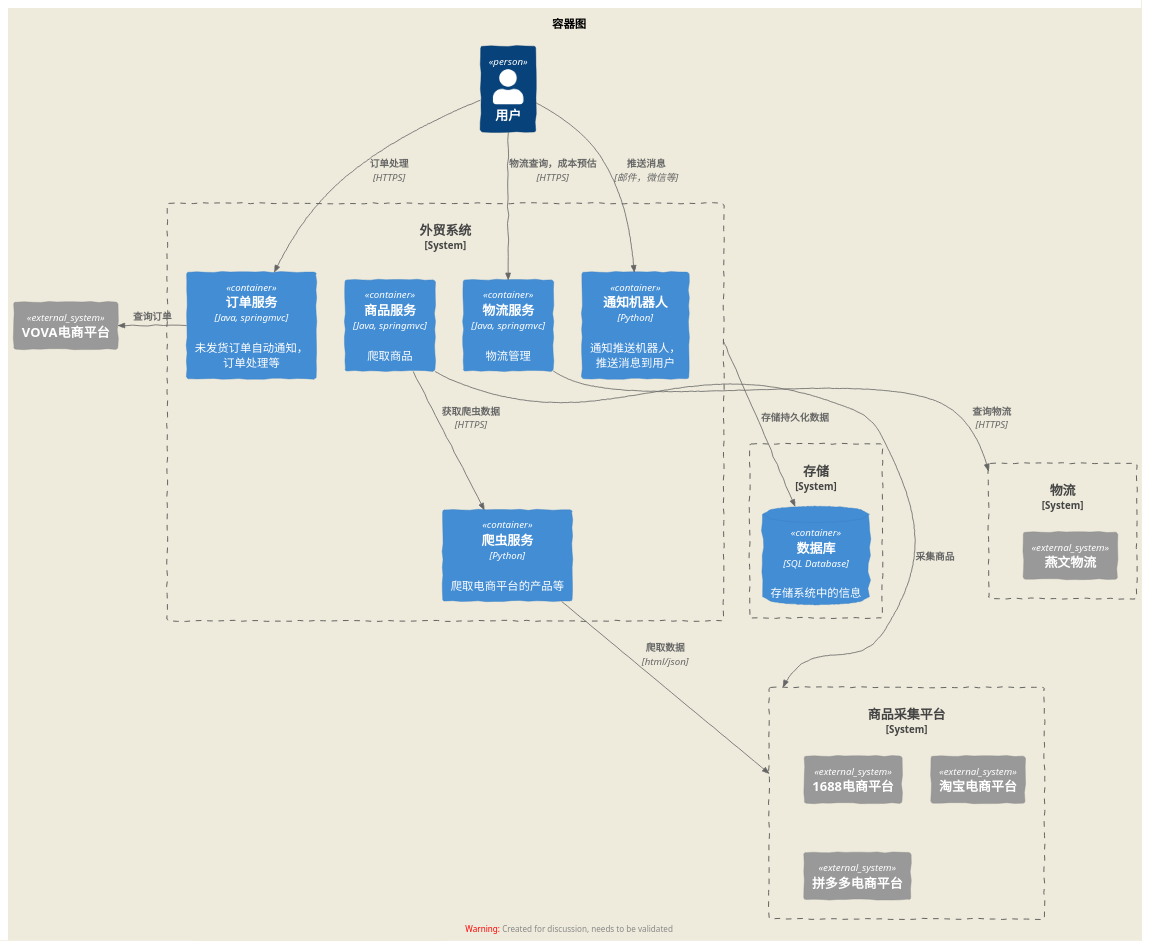
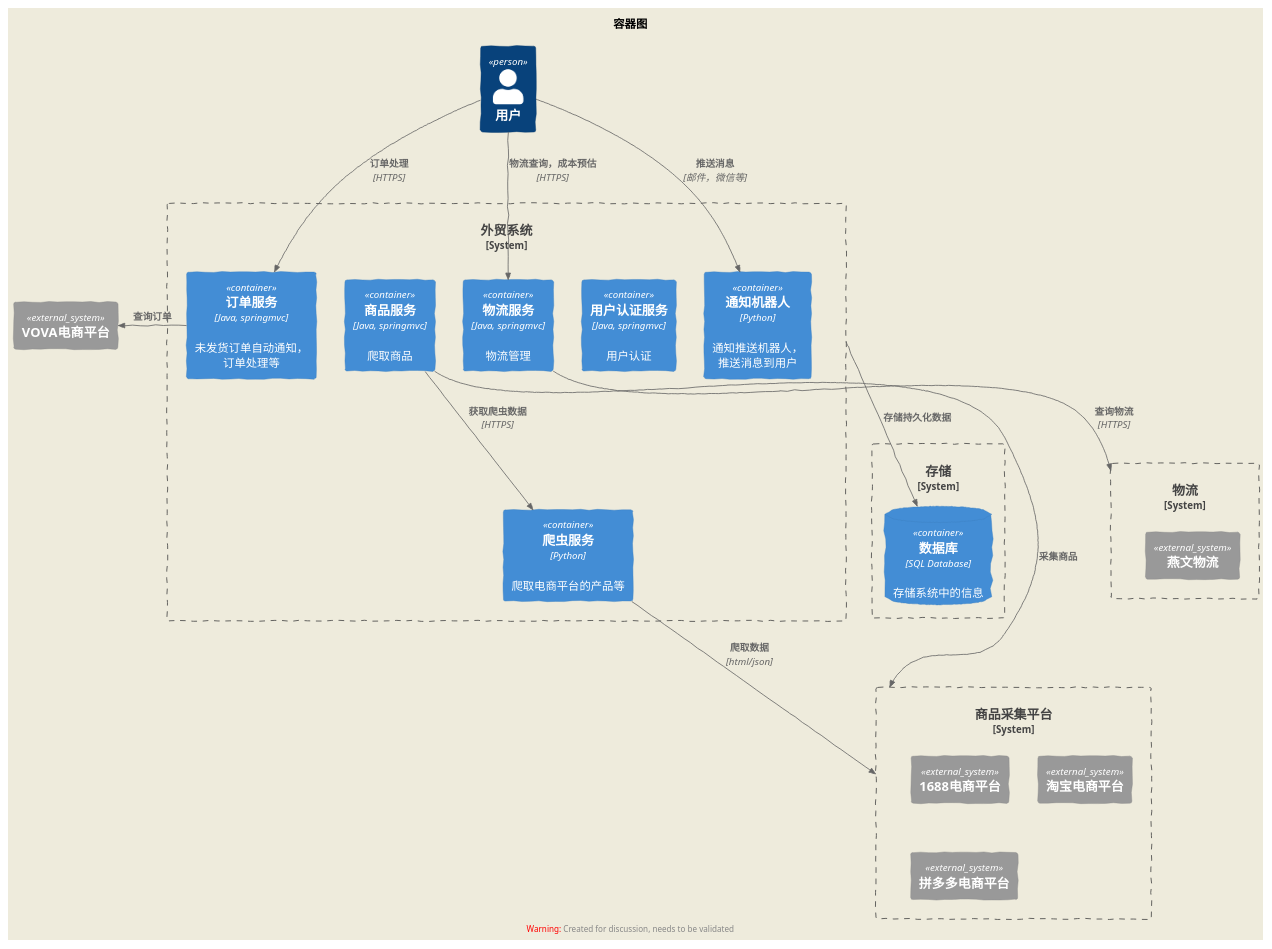
The diagram in architecture.puml (chl105/cbec-toolbox), drawn with PlantUML before and after one commit. The commit also changed 11 other files, not shown here.

```diff
--- a/architecture.puml
+++ b/architecture.puml
@@ -1,56 +1,57 @@
 @startuml container-diagram
 !include https://unpkg.com/plantuml-style-c4@latest/c4_component.puml
 ' uncomment the following line and comment the first to use locally
 '!include c4_component.puml
 
 'LAYOUT_WITH_LEGEND()
 LAYOUT_AS_SKETCH()
 
 title 容器图
 
 Person(user, "用户")
 
 System_Boundary(thisSystem, "外贸系统"){
+    Container(authContainer, "用户认证服务", "Java, springmvc", "用户认证")
     Container(orderContainer, "订单服务", "Java, springmvc", "未发货订单自动通知，订单处理等")
     Container(goodsContainer, "商品服务", "Java, springmvc", "爬取商品")
     Container(logisticsContainer,"物流服务","Java, springmvc", "物流管理")
     Container(spiderContainer, "爬虫服务", "Python", "爬取电商平台的产品等")
-    Container(notifyRobotContainer, "通知机器人", "Python", "通知推送机器人，推送消息到用户")
+    Container(messagerContainer, "通知机器人", "Python", "通知推送机器人，推送消息到用户")
 
     Rel(goodsContainer, spiderContainer, "获取爬虫数据", "HTTPS")
 }
 
 
 System_Boundary(storage, "存储"){
     ContainerDb(database, "数据库", "SQL Database", "存储系统中的信息")
 }
 
 
 System_Boundary(logistics, "物流"){
     System_Ext(yw56, "燕文物流")
 }
 
 System_Ext(vova, "VOVA电商平台")
 
 System_Boundary(platform, "商品采集平台"){
     System_Ext(ali1688, "1688电商平台")
     System_Ext(taobao, "淘宝电商平台")
     System_Ext(pdd, "拼多多电商平台")
 }
 
 
 Rel(user, orderContainer, "订单处理", "HTTPS")
 Rel(user, logisticsContainer, "物流查询，成本预估","HTTPS")
-Rel_Back(notifyRobotContainer, user, "推送消息", "邮件，微信等")
+Rel_Back(messagerContainer, user, "推送消息", "邮件，微信等")
 
 
 Rel_L(orderContainer, vova, "查询订单")
 Rel(goodsContainer, platform, "采集商品")
 Rel_D(thisSystem, database, "存储持久化数据")
 Rel(spiderContainer, platform, "爬取数据", "html/json")
 Rel(logisticsContainer, logistics, "查询物流", "HTTPS")
 
 Lay_D(thisSystem, database)
 
 
 @enduml
```
